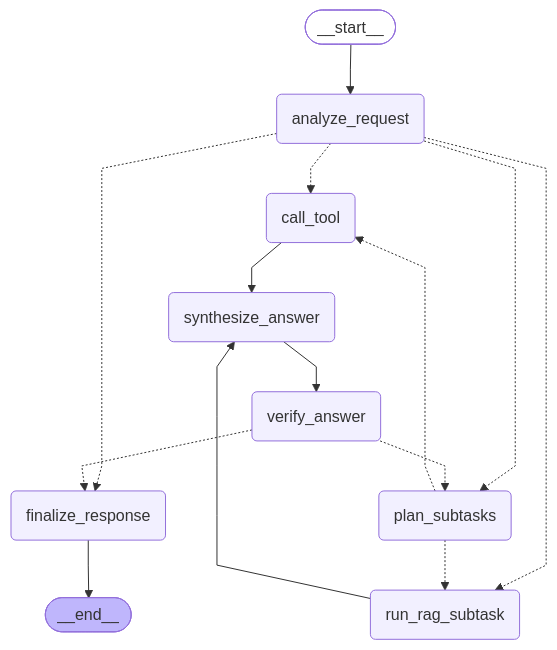
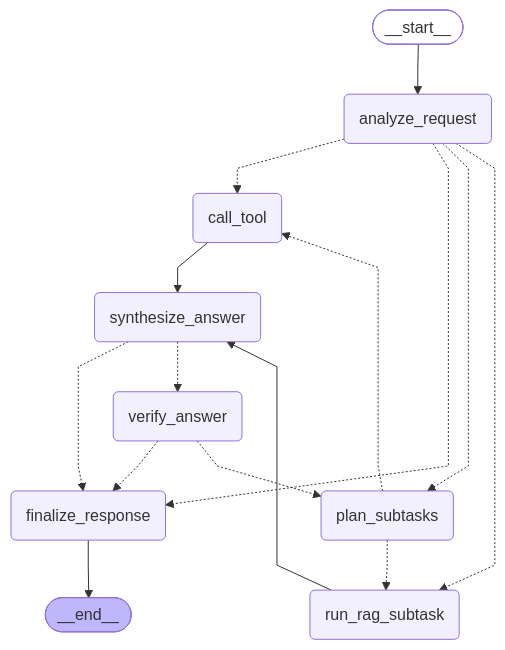
The first of 3 diagrams in docs/architecture.md (Csabikahhh/agentic-rag-chatbot-poc), drawn with Mermaid before and after one commit. The commit also changed other lines of this file and 23 other files, not shown here.

````diff
--- a/docs/architecture.md
+++ b/docs/architecture.md
@@ -61,33 +63,34 @@
 ```mermaid
 ---
 config:
   flowchart:
     curve: linear
 ---
 graph TD;
 	__start__([<p>__start__</p>]):::first
 	analyze_request(analyze_request)
 	plan_subtasks(plan_subtasks)
 	run_rag_subtask(run_rag_subtask)
 	call_tool(call_tool)
 	synthesize_answer(synthesize_answer)
 	verify_answer(verify_answer)
 	finalize_response(finalize_response)
 	__end__([<p>__end__</p>]):::last
 	__start__ --> analyze_request;
 	analyze_request -.-> call_tool;
 	analyze_request -.-> finalize_response;
 	analyze_request -.-> plan_subtasks;
 	analyze_request -.-> run_rag_subtask;
 	call_tool --> synthesize_answer;
 	plan_subtasks -.-> call_tool;
 	plan_subtasks -.-> run_rag_subtask;
 	run_rag_subtask --> synthesize_answer;
-	synthesize_answer --> verify_answer;
+	synthesize_answer -.-> finalize_response;
+	synthesize_answer -.-> verify_answer;
 	verify_answer -.-> finalize_response;
 	verify_answer -.-> plan_subtasks;
 	finalize_response --> __end__;
 	classDef default fill:#f2f0ff,line-height:1.2
 	classDef first fill-opacity:0
 	classDef last fill:#bfb6fc
 ```
````
